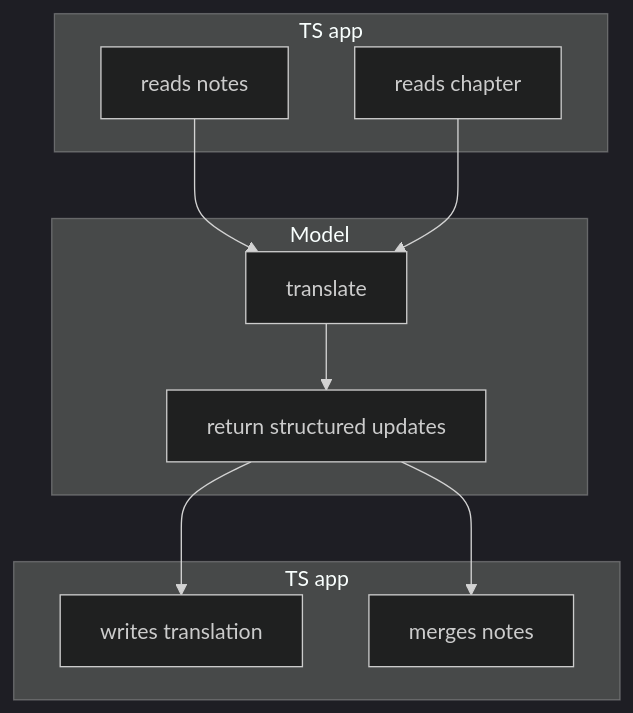
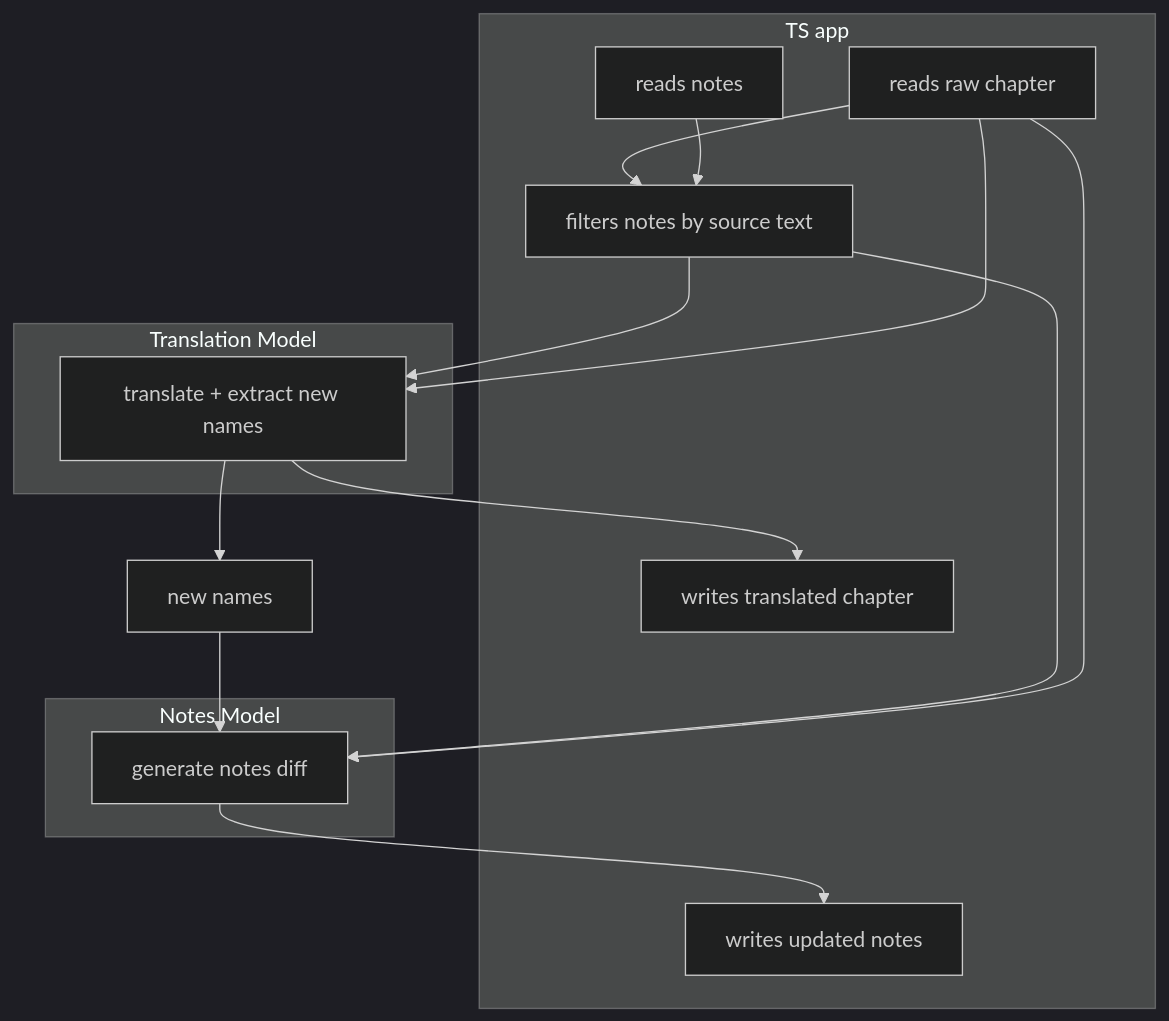
Before and after one commit to piku-afk/learn-ai-harness: the diagram in apps/translator/README.md, drawn with Mermaid (dark theme). The commit also changed other lines of this file and 8 other files, not shown here.

````diff
--- a/apps/translator/README.md
+++ b/apps/translator/README.md
@@ -5,23 +5,29 @@
 ```mermaid
 flowchart TD
-    subgraph APP1["TS app"]
-        N["reads notes"]
-        C["reads chapter"]
+    subgraph APP["TS app"]
+        RC["reads raw chapter"]
+        RN["reads notes"]
+        FN["filters notes by source text"]
+        TC["writes translated chapter"]
+        WN["writes updated notes"]
     end
 
-    subgraph MODEL["Model"]
-        T["translate"]
-        U["return structured updates"]
+    subgraph MODEL1["Translation Model"]
+        TM["translate + extract new names"]
     end
 
-    subgraph APP2["TS app"]
-        W["writes translation"]
-        M["merges notes"]
+    subgraph MODEL2["Notes Model"]
+        NM["generate notes diff"]
     end
 
-    N --> T
-    C --> T
-    T --> U
-    U --> W
-    U --> M
+    RC --> FN
+    RN --> FN
+    FN --> TM
+    RC --> TM
+    TM --> TC
+    TM --> NN["new names"]
+    NN --> NM
+    FN --> NM
+    RC --> NM
+    NM --> WN
 ```
````
